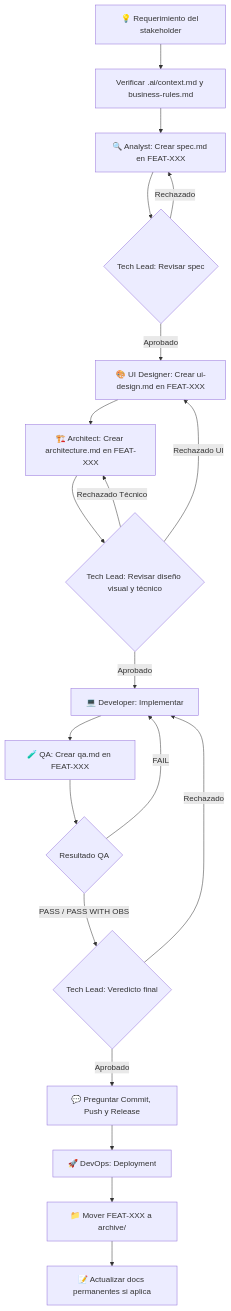
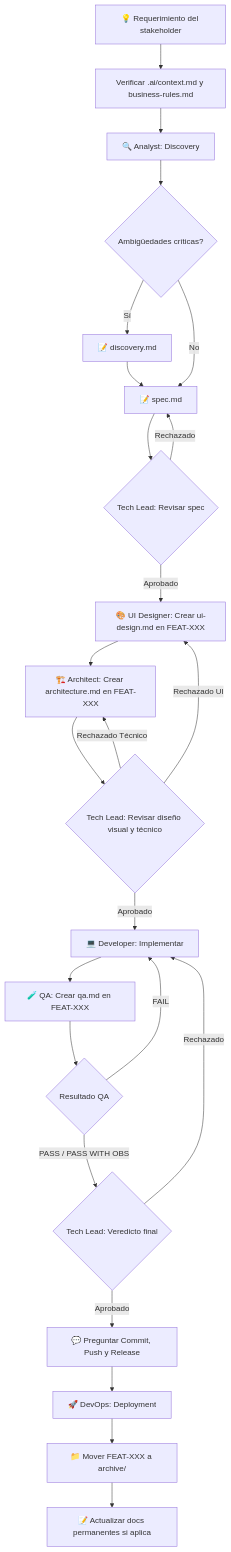
Before and after one commit to ezequielmendoza-dev/ai-agents: the diagram in workflows/new-feature.md, drawn with Mermaid. The commit also changed other lines of this file and 16 other files, not shown here.

````diff
--- a/workflows/new-feature.md
+++ b/workflows/new-feature.md
@@ -18,22 +18,26 @@
 ```mermaid
 flowchart TD
     A[💡 Requerimiento del stakeholder] --> B[Verificar .ai/context.md y business-rules.md]
-    B --> C[🔍 Analyst: Crear spec.md en FEAT-XXX]
-    C --> D{Tech Lead: Revisar spec}
-    D -->|Rechazado| C
-    D -->|Aprobado| UI[🎨 UI Designer: Crear ui-design.md en FEAT-XXX]
-    UI --> E[🏗️ Architect: Crear architecture.md en FEAT-XXX]
-    E --> F{Tech Lead: Revisar diseño visual y técnico}
-    F -->|Rechazado UI| UI
-    F -->|Rechazado Técnico| E
-    F -->|Aprobado| G[💻 Developer: Implementar]
-    G --> H[🧪 QA: Crear qa.md en FEAT-XXX]
-    H --> I{Resultado QA}
-    I -->|FAIL| G
-    I -->|PASS / PASS WITH OBS| J{Tech Lead: Veredicto final}
-    J -->|Rechazado| G
-    J -->|Aprobado| Ask[💬 Preguntar Commit, Push y Release]
-    Ask --> K[🚀 DevOps: Deployment]
-    K --> L[📁 Mover FEAT-XXX a archive/]
-    L --> M[📝 Actualizar docs permanentes si aplica]
+    B --> C[🔍 Analyst: Discovery]
+    C --> D{Ambigüedades críticas?}
+    D -->|Sí| E[📝 discovery.md]
+    D -->|No| F[📝 spec.md]
+    E --> F
+    F --> G{Tech Lead: Revisar spec}
+    G -->|Rechazado| F
+    G -->|Aprobado| UI[🎨 UI Designer: Crear ui-design.md en FEAT-XXX]
+    UI --> H[🏗️ Architect: Crear architecture.md en FEAT-XXX]
+    H --> I{Tech Lead: Revisar diseño visual y técnico}
+    I -->|Rechazado UI| UI
+    I -->|Rechazado Técnico| H
+    I -->|Aprobado| J[💻 Developer: Implementar]
+    J --> K[🧪 QA: Crear qa.md en FEAT-XXX]
+    K --> L{Resultado QA}
+    L -->|FAIL| J
+    L -->|PASS / PASS WITH OBS| M{Tech Lead: Veredicto final}
+    M -->|Rechazado| J
+    M -->|Aprobado| Ask[💬 Preguntar Commit, Push y Release]
+    Ask --> N[🚀 DevOps: Deployment]
+    N --> O[📁 Mover FEAT-XXX a archive/]
+    O --> P[📝 Actualizar docs permanentes si aplica]
 ```
````
